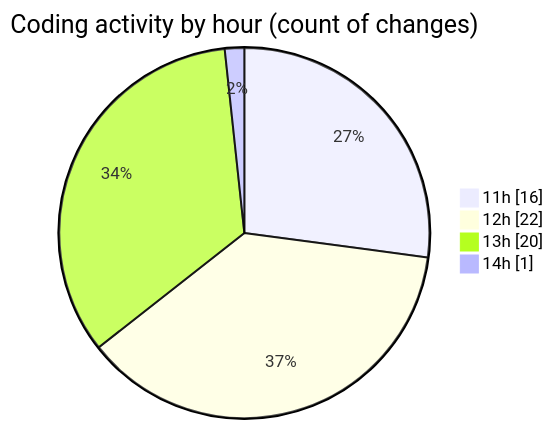
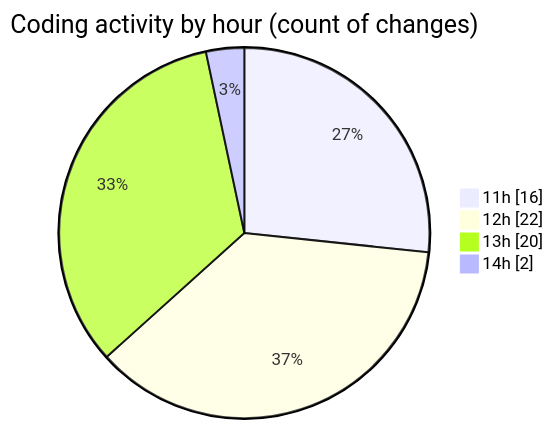
One commit to donsfak/code-tracking changed the second of 2 diagrams in 2025-03-25/wordle/README.md. Above: the diagram before and after it, drawn with Mermaid. The commit also changed other lines of this file and 1 other file, not shown here.

````diff
--- a/2025-03-25/wordle/README.md
+++ b/2025-03-25/wordle/README.md
@@ -34,8 +34,8 @@
 ```mermaid
 pie showData
 title Coding activity by hour (count of changes)
 "11h" : 16
 "12h" : 22
 "13h" : 20
-"14h" : 1
+"14h" : 2
 ```
````
